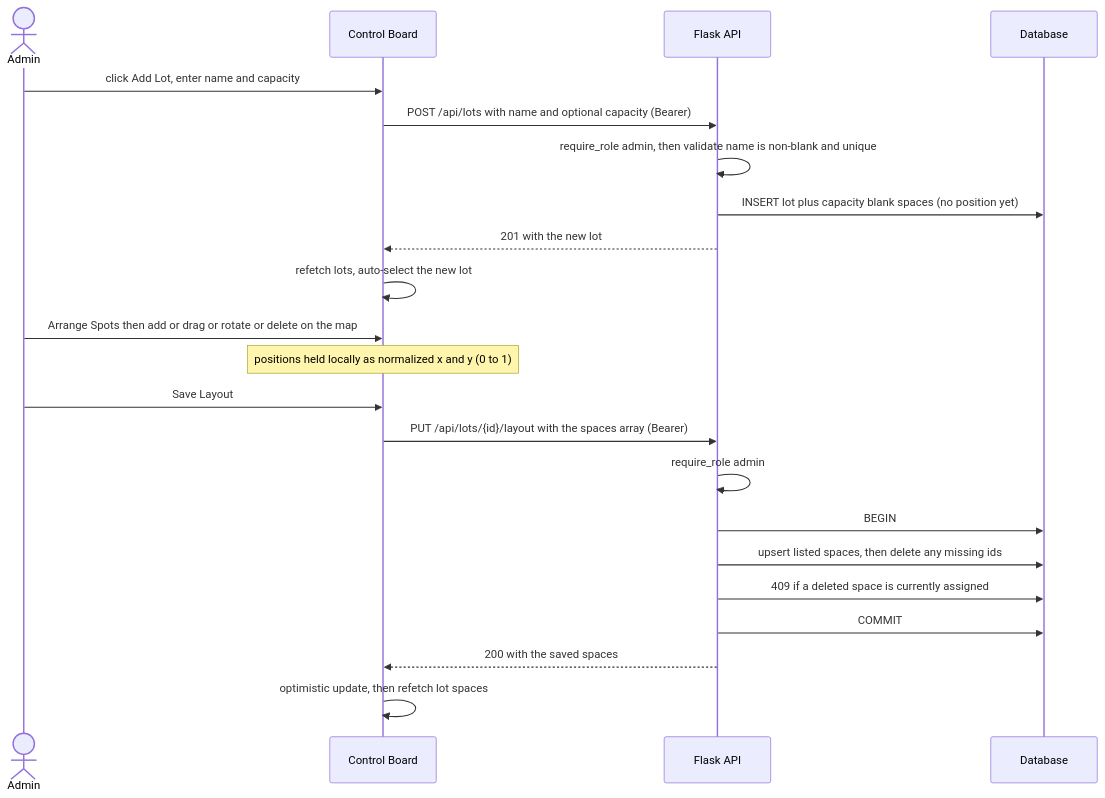
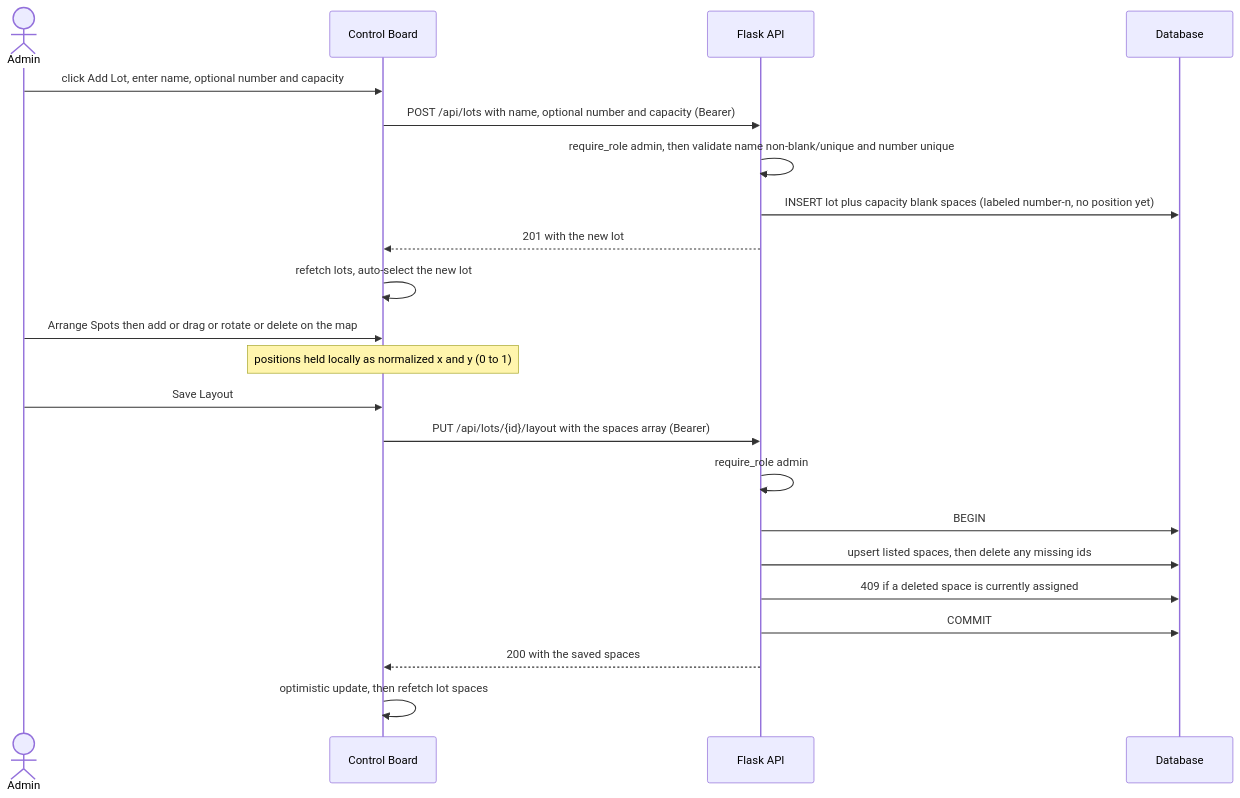
One commit to LTRide2/lt-parking-site-project changed the eighth of 8 diagrams in plan/plan.md. Above: the diagram before and after it, drawn with Mermaid. The commit also changed other lines of this file and 1 other file, not shown here.

Commit message:
design: reconcile plan.md + UI guide with PoC (roster/dual-identity, preferred-spot interest, size coords, lot number, move/withdraw)

````diff
--- a/plan/plan.md
+++ b/plan/plan.md
@@ -397,26 +449,26 @@
 ```mermaid
 sequenceDiagram
     actor A as Admin
     participant UI as Control Board
     participant API as Flask API
     participant DB as Database
 
-    A->>UI: click Add Lot, enter name and capacity
-    UI->>API: POST /api/lots with name and optional capacity (Bearer)
-    API->>API: require_role admin, then validate name is non-blank and unique
-    API->>DB: INSERT lot plus capacity blank spaces (no position yet)
+    A->>UI: click Add Lot, enter name, optional number and capacity
+    UI->>API: POST /api/lots with name, optional number and capacity (Bearer)
+    API->>API: require_role admin, then validate name non-blank/unique and number unique
+    API->>DB: INSERT lot plus capacity blank spaces (labeled number-n, no position yet)
     API-->>UI: 201 with the new lot
     UI->>UI: refetch lots, auto-select the new lot
 
     A->>UI: Arrange Spots then add or drag or rotate or delete on the map
     Note over UI: positions held locally as normalized x and y (0 to 1)
     A->>UI: Save Layout
     UI->>API: PUT /api/lots/{id}/layout with the spaces array (Bearer)
     API->>API: require_role admin
     API->>DB: BEGIN
     API->>DB: upsert listed spaces, then delete any missing ids
     API->>DB: 409 if a deleted space is currently assigned
     API->>DB: COMMIT
     API-->>UI: 200 with the saved spaces
     UI->>UI: optimistic update, then refetch lot spaces
 ```
````
